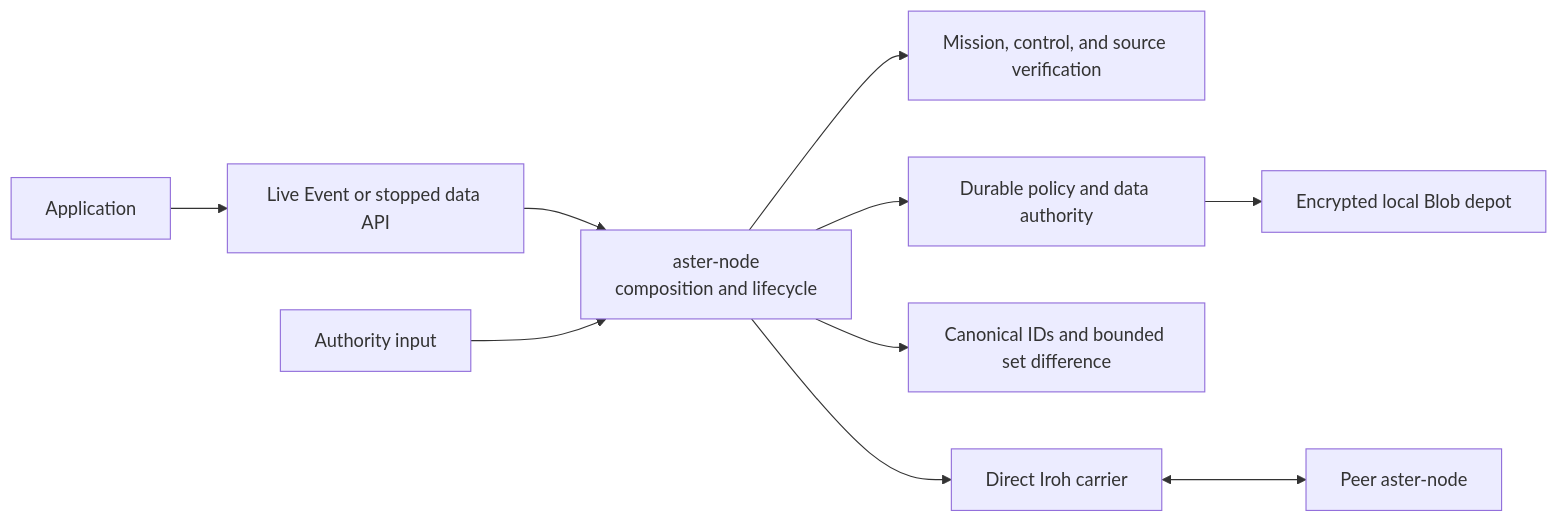
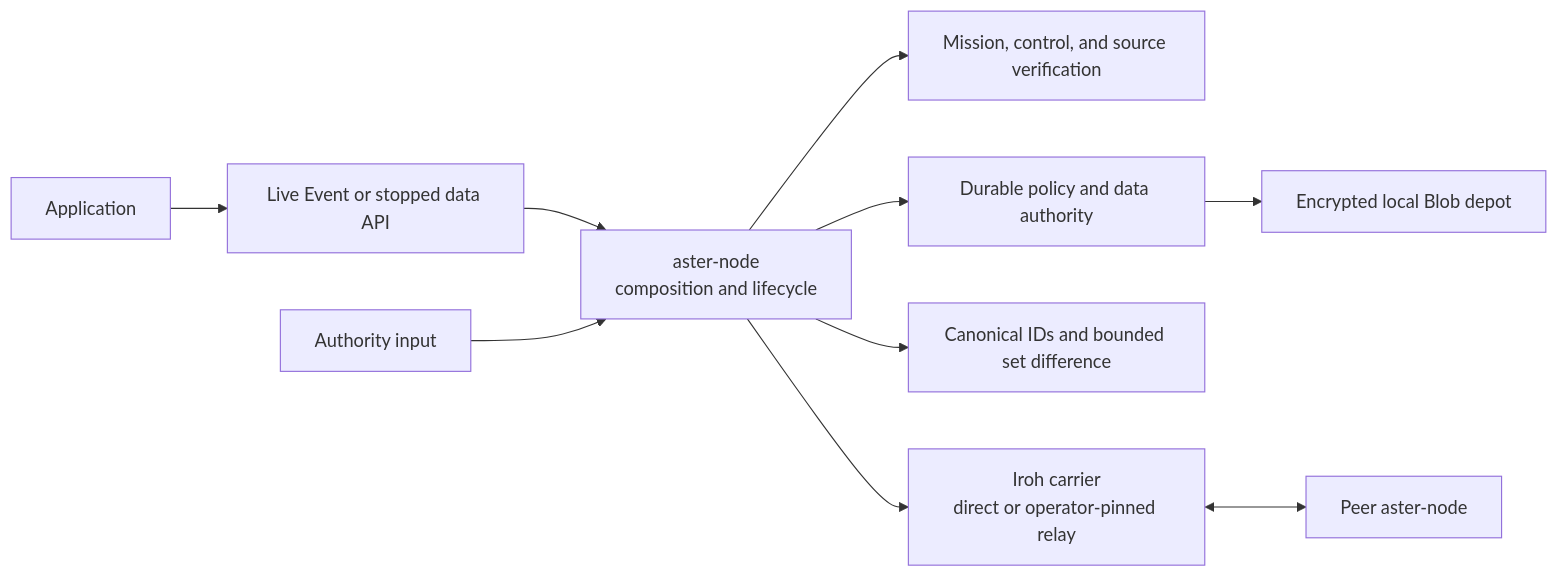
The first of 2 diagrams in docs/transports.md (asirak-astertech/aster), drawn with Mermaid before and after one commit. The commit also changed other lines of this file and 28 other files, not shown here.

````diff
--- a/docs/transports.md
+++ b/docs/transports.md
@@ -24,12 +24,12 @@
 ```mermaid
 flowchart LR
     App["Application"] --> API["Live Event or stopped data API"]
     API --> Node["aster-node<br/>composition and lifecycle"]
     Authority["Authority input"] --> Node
     Node --> Security["Mission, control, and source verification"]
     Node --> Store["Durable policy and data authority"]
     Store --> Depot["Encrypted local Blob depot"]
     Node --> Reconcile["Canonical IDs and bounded set difference"]
-    Node --> Carrier["Direct Iroh carrier"]
+    Node --> Carrier["Iroh carrier<br/>direct or operator-pinned relay"]
     Carrier <--> Peer["Peer aster-node"]
 ```
````
